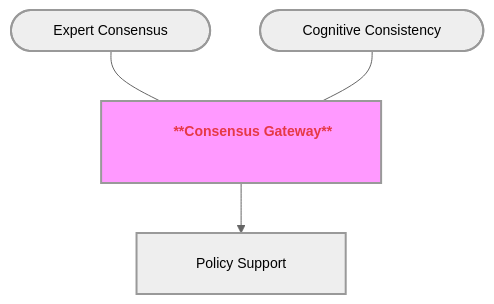
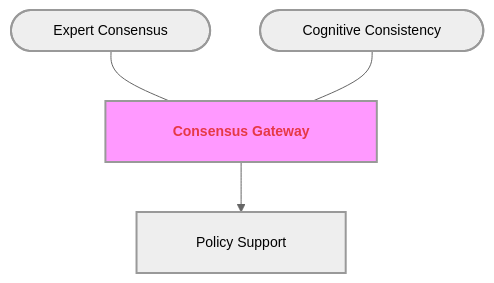
Before and after one commit to GM024/CourseSummaries: the seventh of 8 diagrams in Communication_Influence/Mastery_Guide_SOW_BS033.md, drawn with Mermaid. The commit also changed other lines of this file, not shown here.

Commit message:
Fix: Replace MD bold with HTML <b> for Mermaid compatibility

````diff
--- a/Communication_Influence/Mastery_Guide_SOW_BS033.md
+++ b/Communication_Influence/Mastery_Guide_SOW_BS033.md
@@ -237,13 +237,13 @@
 ```mermaid
 %%{init: { 'flowchart': { 'padding': 20, 'nodeSpacing': 50, 'rankSpacing': 50, 'useMaxWidth': false }, 'theme': 'neutral', 'themeVariables': { 'fontSize': '14px' }}}%%
 graph TD
-    Hub["&nbsp;&nbsp;&nbsp;&nbsp;&nbsp;&nbsp; <span style='color:#e63946'>**Consensus Gateway**</span> &nbsp;&nbsp;&nbsp;&nbsp;&nbsp;&nbsp;"]:::hubNode
+    Hub["&nbsp;&nbsp;&nbsp;&nbsp;&nbsp;&nbsp; <span style='color:#e63946'><b>Consensus Gateway</b></span> &nbsp;&nbsp;&nbsp;&nbsp;&nbsp;&nbsp;"]:::hubNode
     
     S1(["&nbsp;&nbsp;&nbsp;&nbsp;&nbsp;&nbsp; Expert Consensus &nbsp;&nbsp;&nbsp;&nbsp;&nbsp;&nbsp;"]) --- Hub
     S2(["&nbsp;&nbsp;&nbsp;&nbsp;&nbsp;&nbsp; Cognitive Consistency &nbsp;&nbsp;&nbsp;&nbsp;&nbsp;&nbsp;"]) --- Hub
     
     Hub --> B1["&nbsp;&nbsp;&nbsp;&nbsp; Policy Support &nbsp;&nbsp;&nbsp;&nbsp;"]
     
     classDef hubNode font-weight:bold,stroke-width:2px,fill:#f9f;
     classDef default stroke-width:2px;
 ```
````
